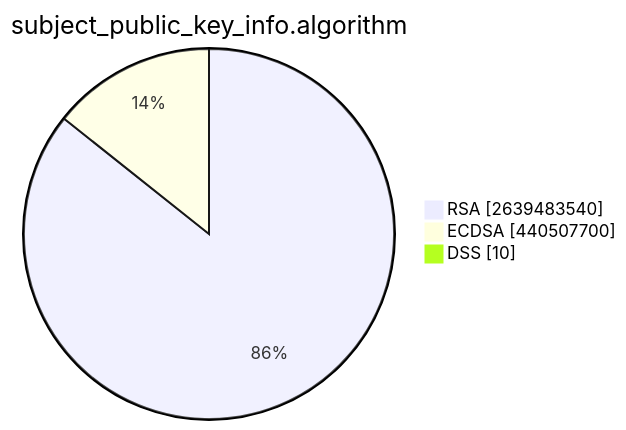
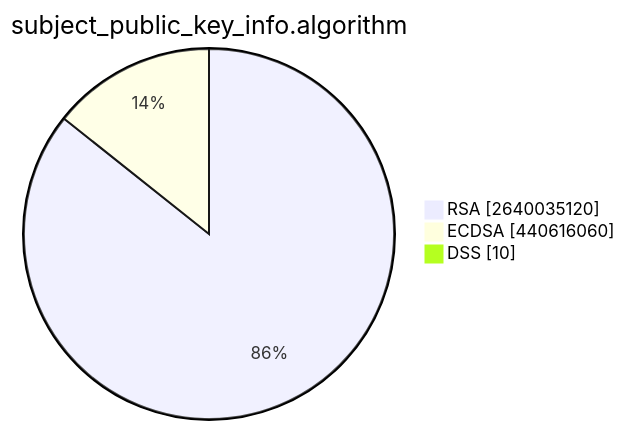
The second of 15 diagrams in TOTAL/README.md (christiankrug/ctmonitor_visualization), drawn with Mermaid before and after one commit. The commit also changed other lines of this file, not shown here.

````diff
--- a/TOTAL/README.md
+++ b/TOTAL/README.md
@@ -6,7 +6,7 @@
 ```mermaid
 pie showData
 title subject_public_key_info.algorithm
-"RSA" :2639483540
-"ECDSA" :440507700
+"RSA" :2640035120
+"ECDSA" :440616060
 "DSS" :10
 ```
````
